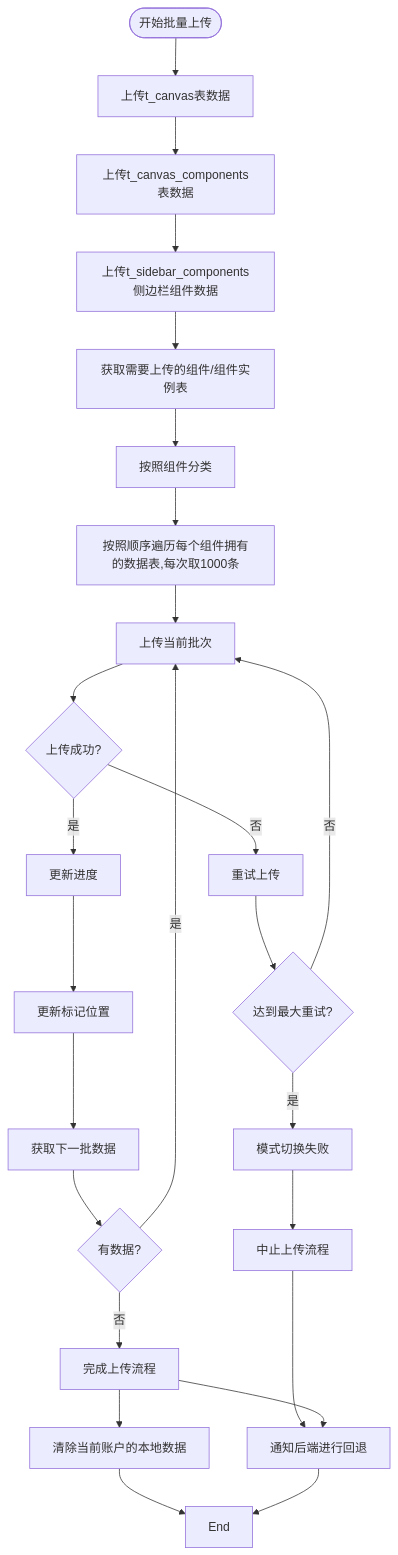
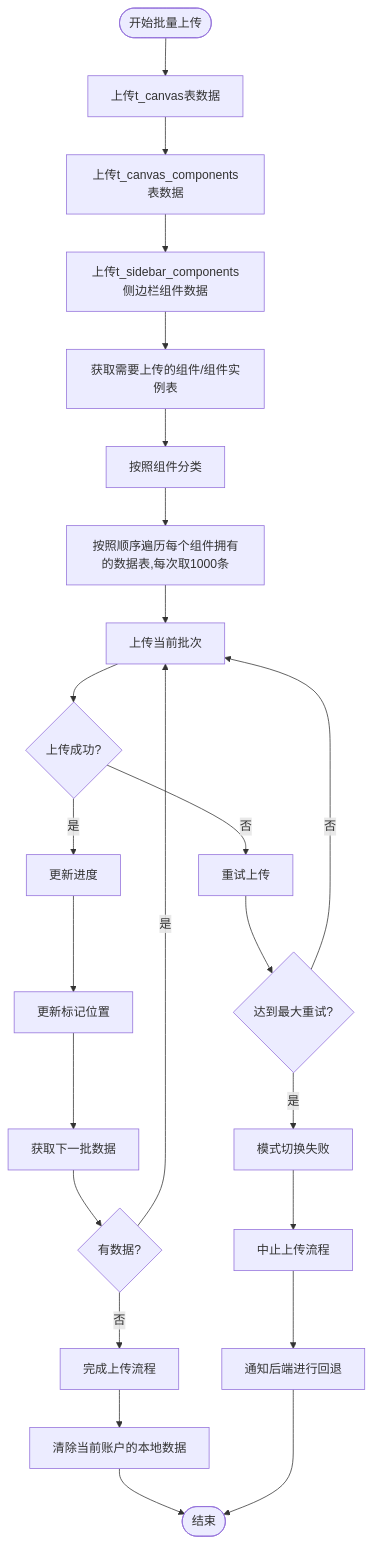
One commit to yingjianzh/iodraw-files changed the diagram in all/未命名-51.md. Above: the diagram before and after it, drawn with Mermaid.

Commit message:
2025-05-08 17:42:17 update

````diff
--- a/all/未命名-51.md
+++ b/all/未命名-51.md
@@ -1,34 +1,33 @@
 ```mermaid
 flowchart TD
     Start([开始批量上传]) --> UploadSpaceData[上传t_canvas表数据]
     UploadSpaceData --> UploadComponentListData[上传t_canvas_components表数据]
     UploadComponentListData --> UploadSiderComponent[上传t_sidebar_components侧边栏组件数据]
     UploadSiderComponent --> FetchData[获取需要上传的组件/组件实例表]
     FetchData --> ClassifyData[按照组件分类]
     ClassifyData --> UploadData[按照顺序遍历每个组件拥有的数据表,每次取1000条]
     UploadData --> UploadBatch[上传当前批次]
     
     UpdateProgress --> UpdateMarker[更新标记位置]
     UpdateMarker --> FetchNextBatch[获取下一批数据]
     
     FetchNextBatch --> CheckResults{有数据?}
     CheckResults -->|否| CompleteUpload[完成上传流程]
     CheckResults -->|是| UploadBatch
 
     
     UploadBatch --> UploadSuccess{上传成功?}
     UploadSuccess -->|是| UpdateProgress[更新进度]
     UploadSuccess -->|否| RetryUpload[重试上传]
     
     RetryUpload --> MaxRetries{达到最大重试?}
     MaxRetries -->|否| UploadBatch
     MaxRetries -->|是| ErrorHandling[模式切换失败]
     
     ErrorHandling --> AbortProcess[中止上传流程]
     AbortProcess --> ReportError[通知后端进行回退]
     
     CompleteUpload --> DeleteLocalData[清除当前账户的本地数据]
-    DeleteLocalData --> End
-    CompleteUpload --> 
+    DeleteLocalData --> End([结束])
     ReportError --> End
 ```
````
